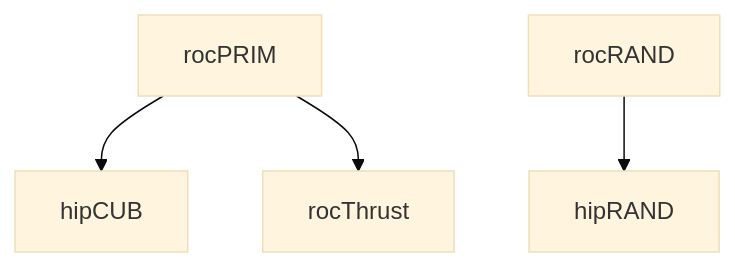
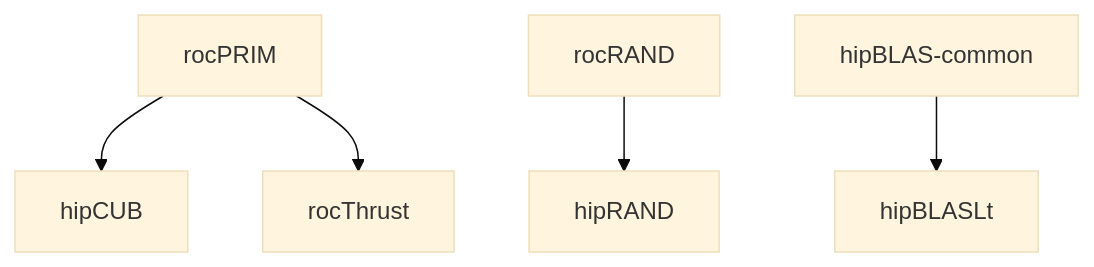
One commit to klin2024/rocm-libraries changed the diagram in docs/continuous-integration.md. Above: the diagram before and after it, drawn with Mermaid (base theme). The commit also changed other lines of this file, not shown here.

````diff
--- a/docs/continuous-integration.md
+++ b/docs/continuous-integration.md
@@ -96,6 +94,7 @@
 ```mermaid
 graph TD;
   rocPRIM-->hipCUB;
   rocPRIM-->rocThrust;
   rocRAND-->hipRAND;
+  hipBLAS-common-->hipBLASLt
 ```
````
